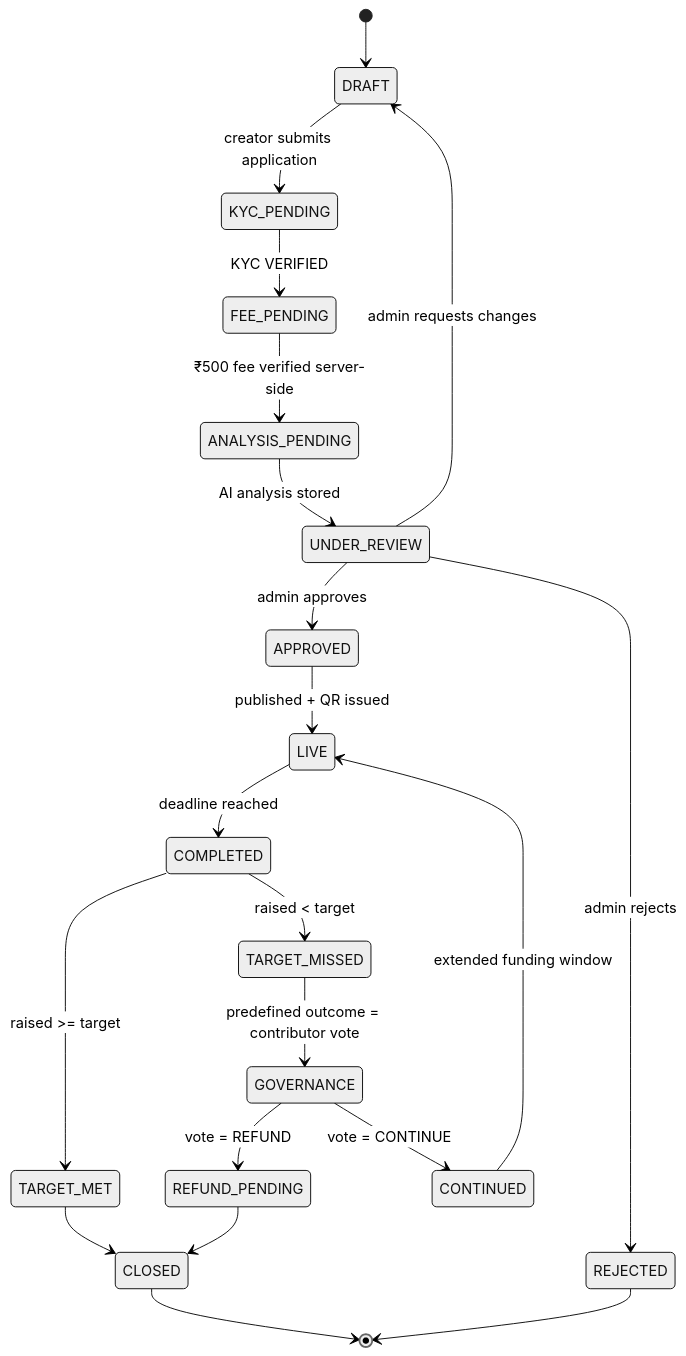
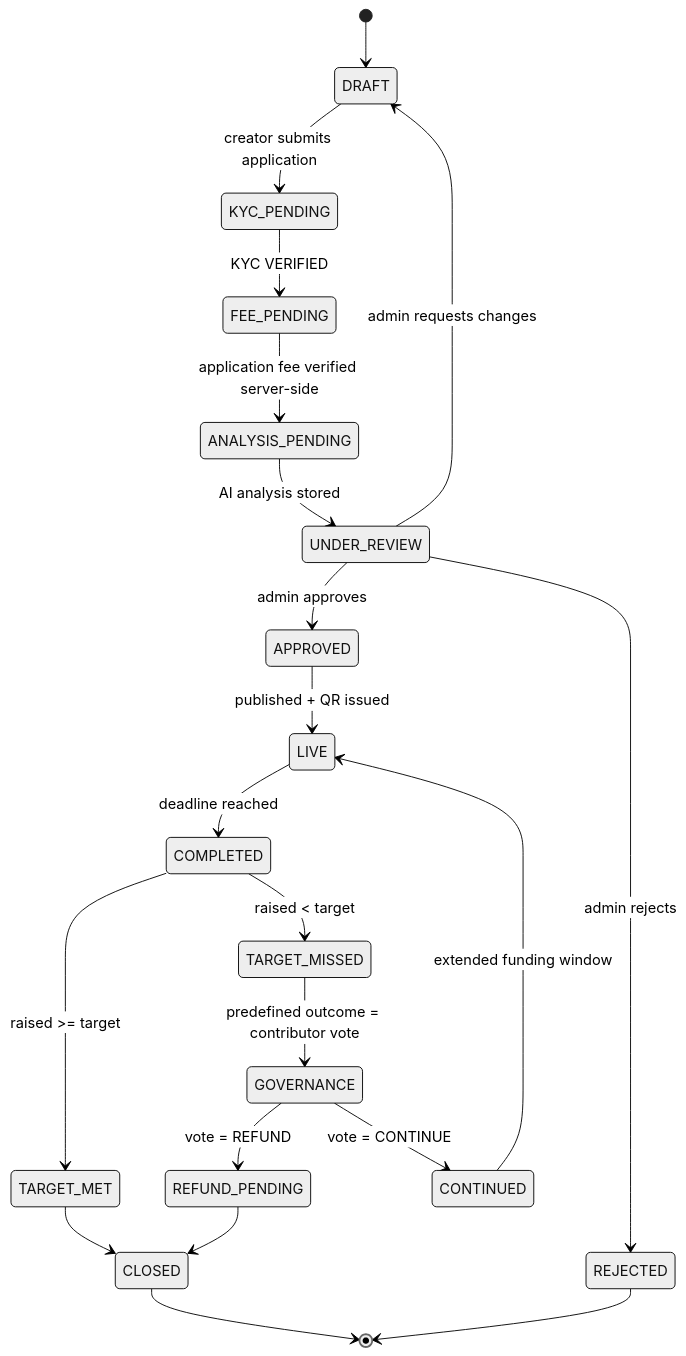
Before and after one commit to Sharwesh05/CrowdWise: the third of 10 diagrams in docs/architecture.md, drawn with Mermaid (neutral theme). The commit also changed 51 other files, not shown here.

````diff
--- a/docs/architecture.md
+++ b/docs/architecture.md
@@ -149,23 +149,23 @@
 ```mermaid
 stateDiagram-v2
     [*] --> DRAFT
     DRAFT --> KYC_PENDING: creator submits application
     KYC_PENDING --> FEE_PENDING: KYC VERIFIED
-    FEE_PENDING --> ANALYSIS_PENDING: ₹500 fee verified server-side
+    FEE_PENDING --> ANALYSIS_PENDING: application fee verified server-side
     ANALYSIS_PENDING --> UNDER_REVIEW: AI analysis stored
     UNDER_REVIEW --> APPROVED: admin approves
     UNDER_REVIEW --> REJECTED: admin rejects
     UNDER_REVIEW --> DRAFT: admin requests changes
     APPROVED --> LIVE: published + QR issued
     LIVE --> COMPLETED: deadline reached
     COMPLETED --> TARGET_MET: raised >= target
     COMPLETED --> TARGET_MISSED: raised < target
     TARGET_MISSED --> GOVERNANCE: predefined outcome = contributor vote
     GOVERNANCE --> REFUND_PENDING: vote = REFUND
     GOVERNANCE --> CONTINUED: vote = CONTINUE
     CONTINUED --> LIVE: extended funding window
     TARGET_MET --> CLOSED
     REFUND_PENDING --> CLOSED
     REJECTED --> [*]
     CLOSED --> [*]
 ```
````
